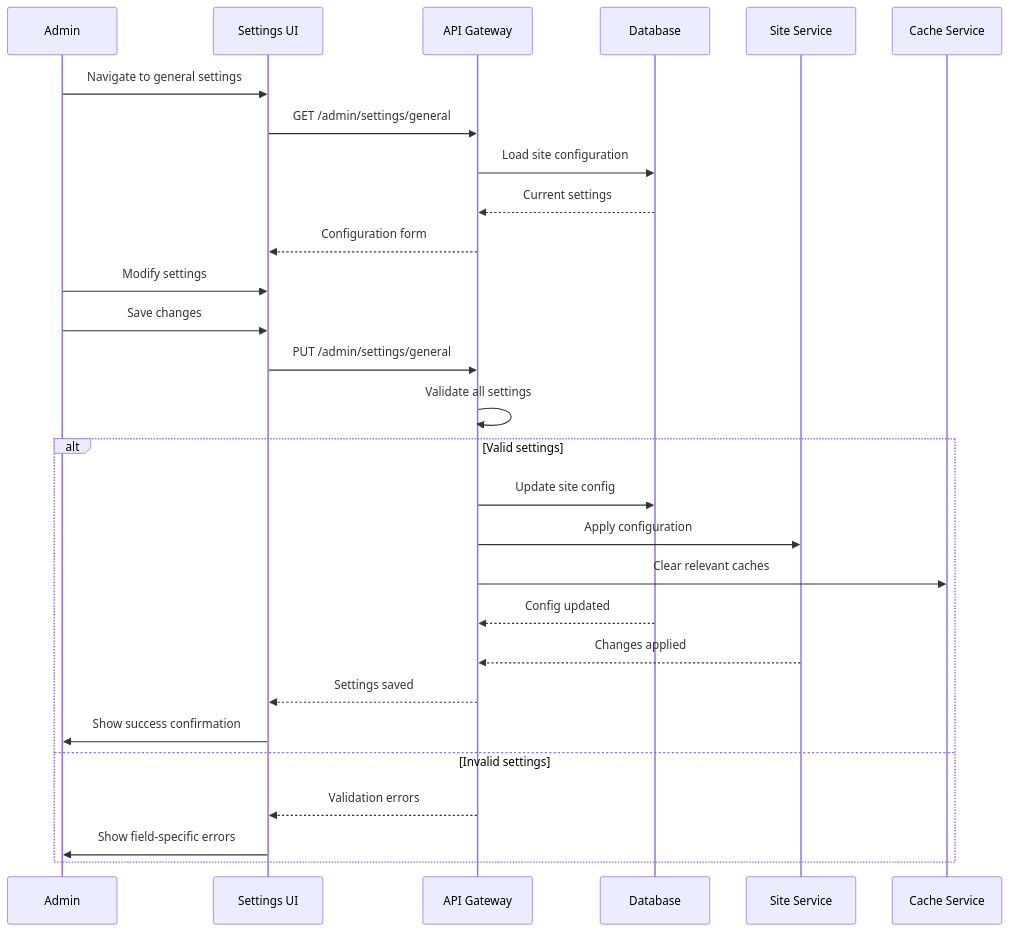
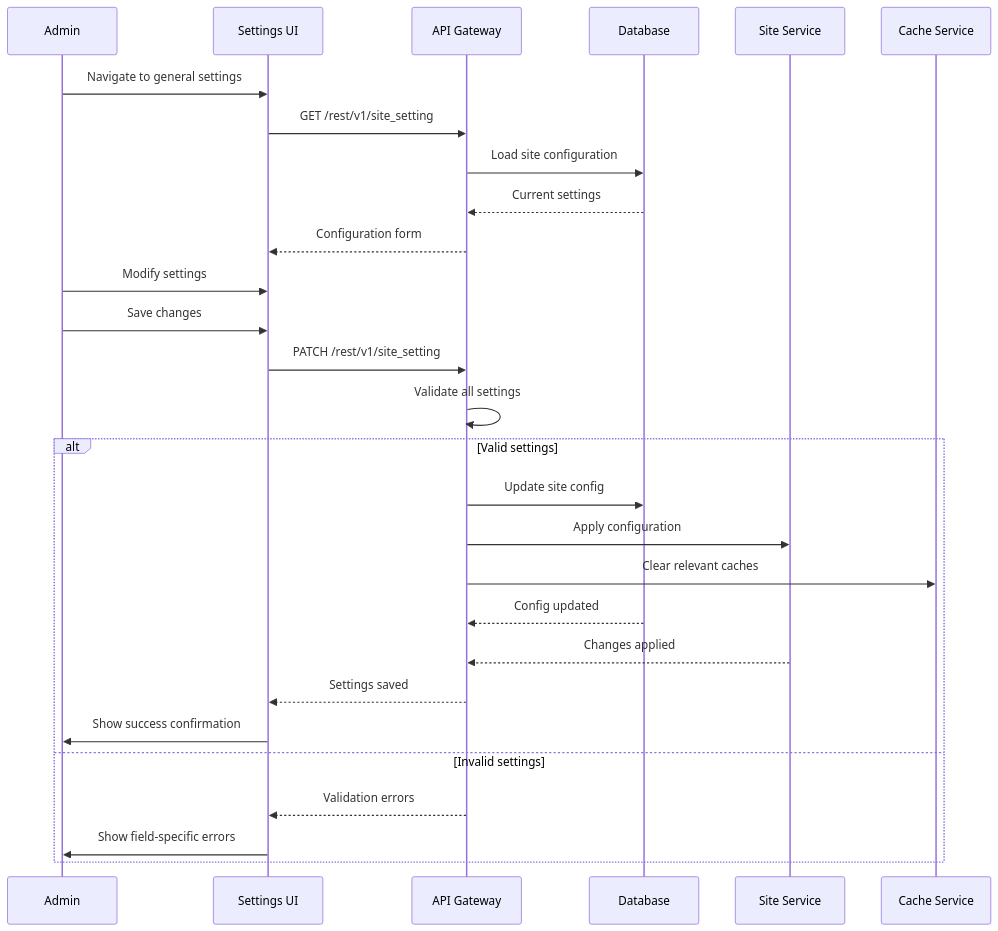
The fifth of 7 diagrams in prd/08-admin-settings.md (jkjan/nowhereland), drawn with Mermaid before and after one commit. The commit also changed other lines of this file and 18 other files, not shown here.

````diff
--- a/prd/08-admin-settings.md
+++ b/prd/08-admin-settings.md
@@ -457,34 +457,34 @@
 ```mermaid
 sequenceDiagram
     participant A as Admin
     participant UI as Settings UI
     participant API as API Gateway
     participant DB as Database
     participant SITE as Site Service
     participant CACHE as Cache Service
     
     A->>UI: Navigate to general settings
-    UI->>API: GET /admin/settings/general
+    UI->>API: GET /rest/v1/site_setting
     API->>DB: Load site configuration
     DB-->>API: Current settings
     API-->>UI: Configuration form
     
     A->>UI: Modify settings
     A->>UI: Save changes
-    UI->>API: PUT /admin/settings/general
+    UI->>API: PATCH /rest/v1/site_setting
     
     API->>API: Validate all settings
     
     alt Valid settings
         API->>DB: Update site config
         API->>SITE: Apply configuration
         API->>CACHE: Clear relevant caches
         DB-->>API: Config updated
         SITE-->>API: Changes applied
         API-->>UI: Settings saved
         UI->>A: Show success confirmation
     else Invalid settings
         API-->>UI: Validation errors
         UI->>A: Show field-specific errors
     end
 ```
````
